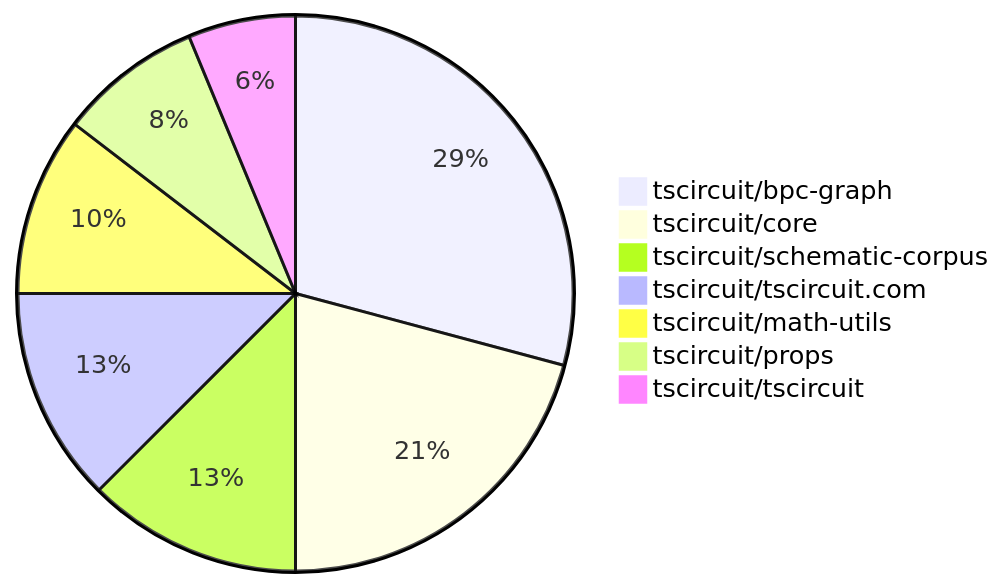
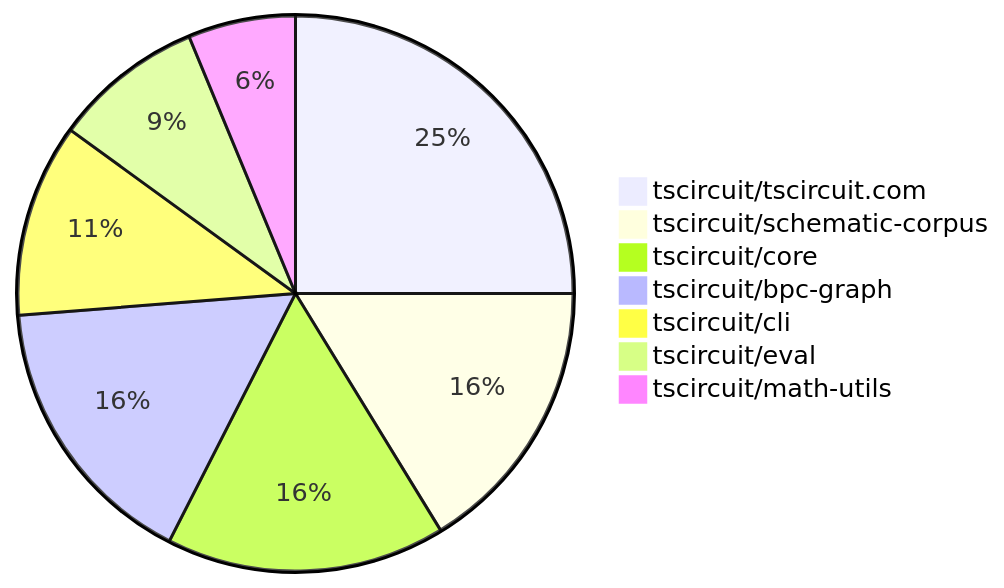
Before and after one commit to tscircuit/contribution-tracker: the second of 2 diagrams in README.md, drawn with Mermaid. The commit also changed other lines of this file and 3 other files, not shown here.

````diff
--- a/README.md
+++ b/README.md
@@ -94,10 +100,10 @@
 ```mermaid
 pie
-    "tscircuit/bpc-graph" : 14
-    "tscircuit/core" : 10
-    "tscircuit/schematic-corpus" : 6
-    "tscircuit/tscircuit.com" : 6
+    "tscircuit/tscircuit.com" : 20
+    "tscircuit/schematic-corpus" : 13
+    "tscircuit/core" : 13
+    "tscircuit/bpc-graph" : 13
+    "tscircuit/cli" : 9
+    "tscircuit/eval" : 7
     "tscircuit/math-utils" : 5
-    "tscircuit/props" : 4
-    "tscircuit/tscircuit" : 3
 ```
````
